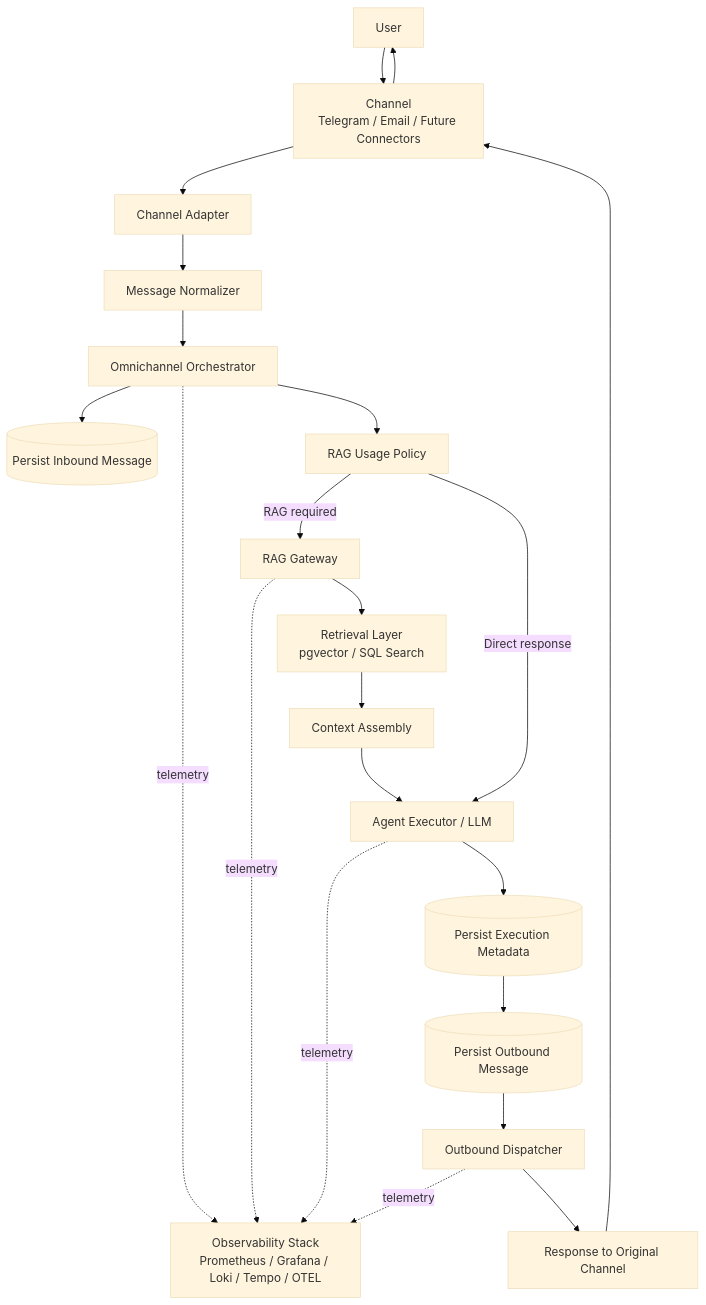
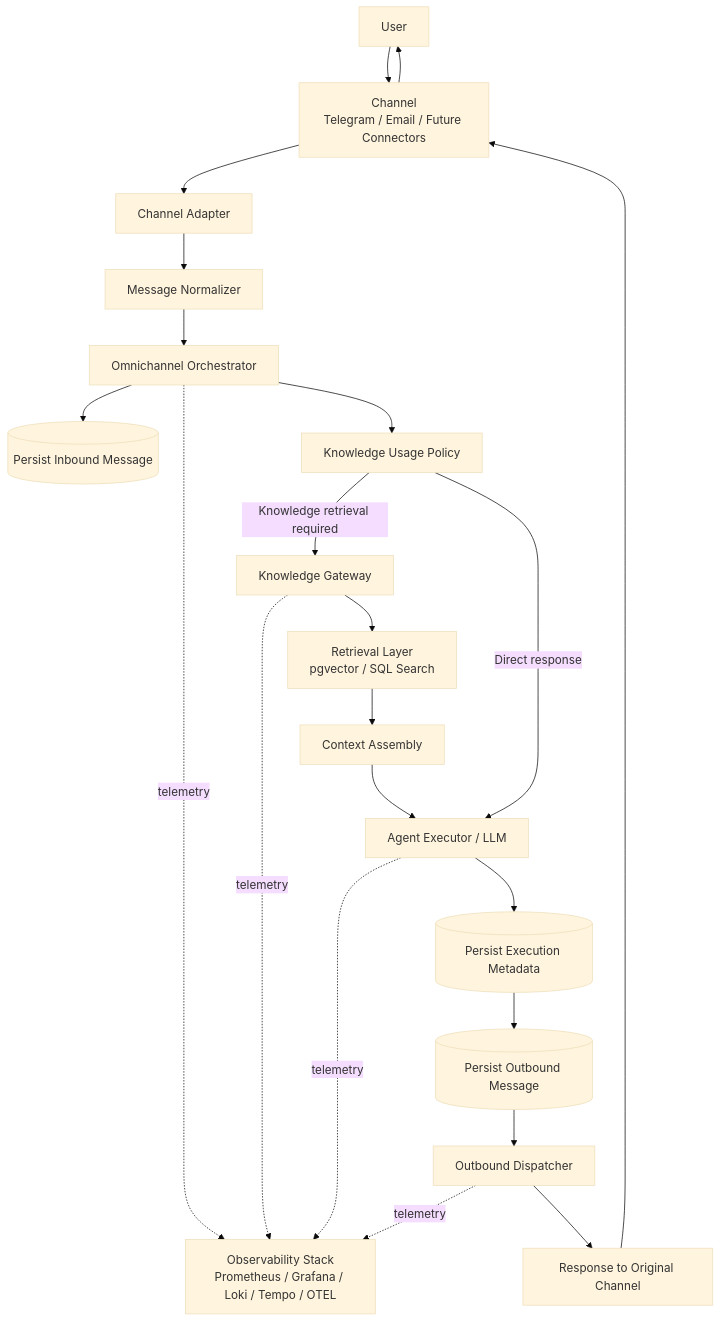
One commit to CiceroDeveloper01/rag-platform changed the diagram in docs/diagrams/omnichannel-rag-flow.md. Above: the diagram before and after it, drawn with Mermaid (base theme). The commit also changed other lines of this file and 94 other files, not shown here.

````diff
--- a/docs/diagrams/omnichannel-rag-flow.md
+++ b/docs/diagrams/omnichannel-rag-flow.md
@@ -7,53 +7,53 @@
 ```mermaid
 flowchart TD
 
     U[User]
     CH[Channel<br/>Telegram / Email / Future Connectors]
     AD[Channel Adapter]
     NM[Message Normalizer]
     ORCH[Omnichannel Orchestrator]
 
     P1[(Persist Inbound Message)]
-    POL[RAG Usage Policy]
+    POL[Knowledge Usage Policy]
 
-    RG[RAG Gateway]
+    RG[Knowledge Gateway]
     RET[Retrieval Layer<br/>pgvector / SQL Search]
     CTX[Context Assembly]
 
     AG[Agent Executor / LLM]
 
     P2[(Persist Execution Metadata)]
     P3[(Persist Outbound Message)]
 
     DISP[Outbound Dispatcher]
     RESP[Response to Original Channel]
 
     OBS[Observability Stack<br/>Prometheus / Grafana / Loki / Tempo / OTEL]
 
     U --> CH
     CH --> AD
     AD --> NM
     NM --> ORCH
 
     ORCH --> P1
     ORCH --> POL
 
-    POL -->|RAG required| RG
+    POL -->|Knowledge retrieval required| RG
     RG --> RET
     RET --> CTX
     CTX --> AG
 
     POL -->|Direct response| AG
 
     AG --> P2
     P2 --> P3
     P3 --> DISP
     DISP --> RESP
     RESP --> CH
     CH --> U
 
     ORCH -. telemetry .-> OBS
     RG -. telemetry .-> OBS
     AG -. telemetry .-> OBS
     DISP -. telemetry .-> OBS
 ```
````
